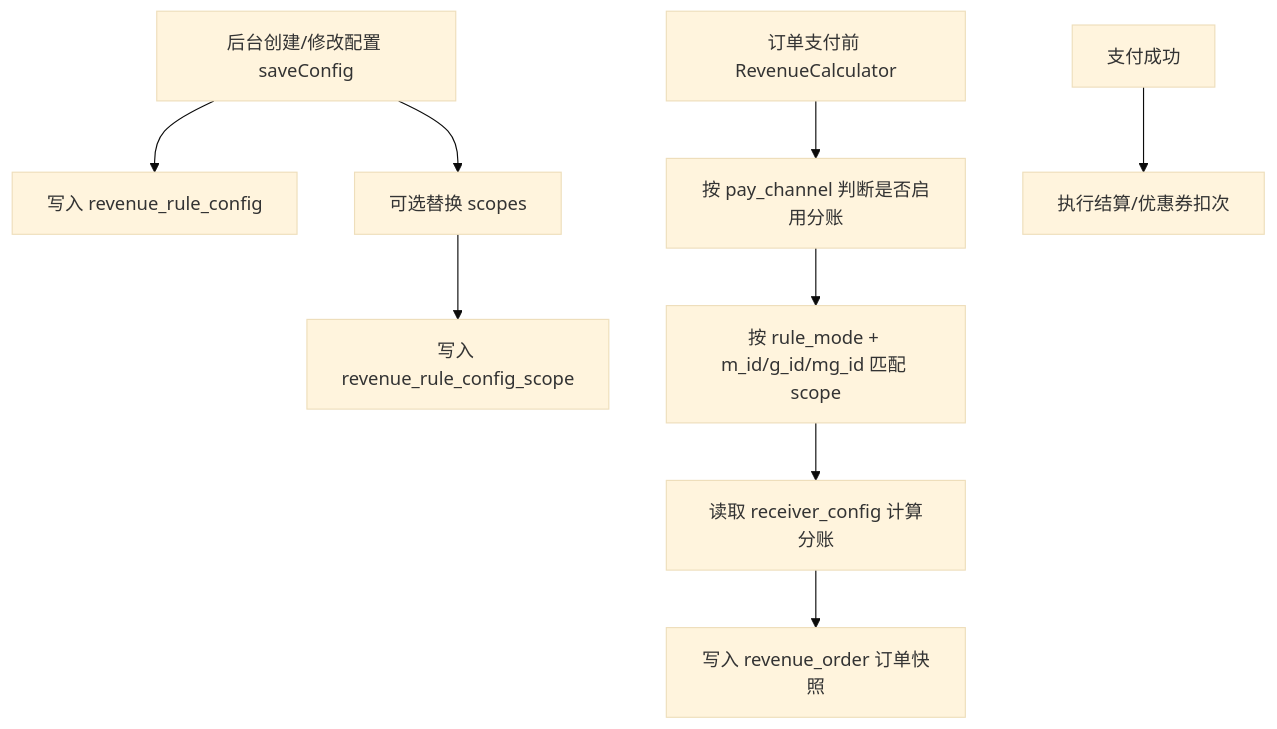
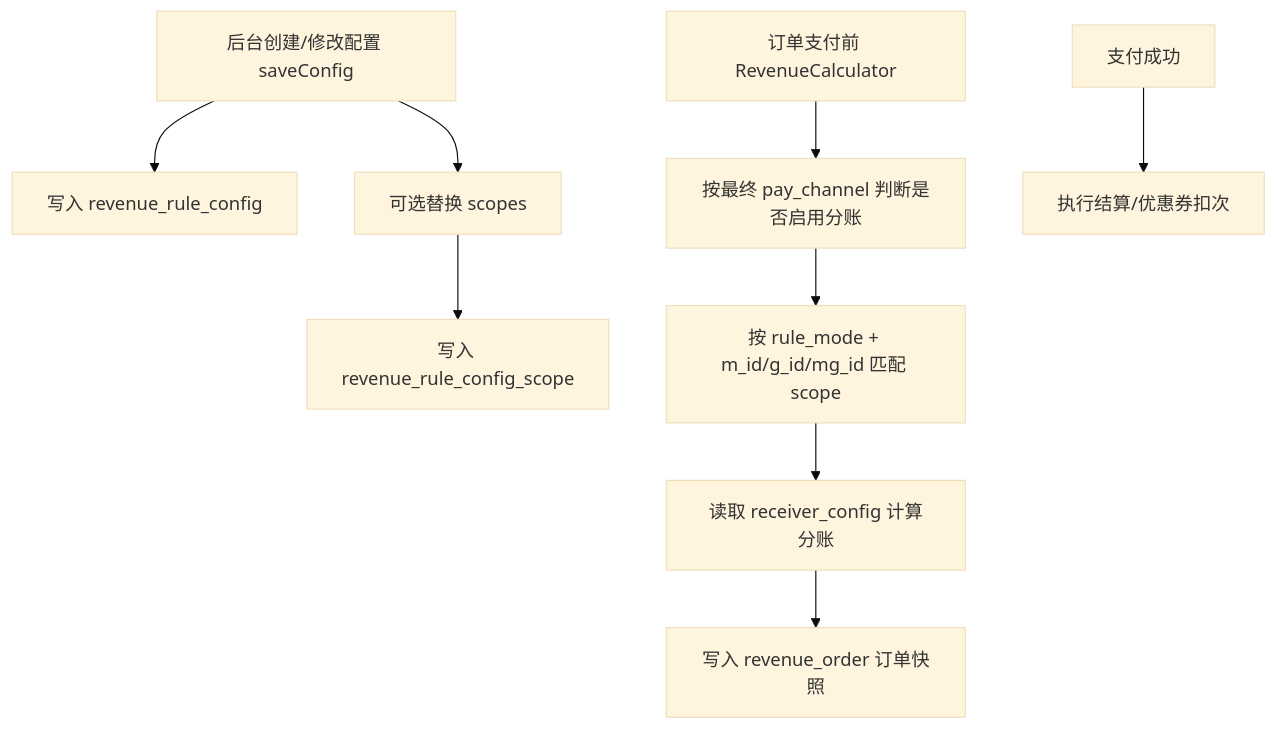
The diagram in 文档说明/统一分账后台接口说明.md (tjx19910727/jch), drawn with Mermaid (base theme) before and after one commit. The commit also changed other lines of this file and 7 other files, not shown here.

````diff
--- a/文档说明/统一分账后台接口说明.md
+++ b/文档说明/统一分账后台接口说明.md
@@ -12,11 +12,11 @@
 ```mermaid
 flowchart TD
     A["后台创建/修改配置 saveConfig"] --> B["写入 revenue_rule_config"]
     A --> C["可选替换 scopes"]
     C --> D["写入 revenue_rule_config_scope"]
-    E["订单支付前 RevenueCalculator"] --> F["按 pay_channel 判断是否启用分账"]
+    E["订单支付前 RevenueCalculator"] --> F["按最终 pay_channel 判断是否启用分账"]
     F --> G["按 rule_mode + m_id/g_id/mg_id 匹配 scope"]
     G --> H["读取 receiver_config 计算分账"]
     H --> I["写入 revenue_order 订单快照"]
     J["支付成功"] --> K["执行结算/优惠券扣次"]
 ```
````
